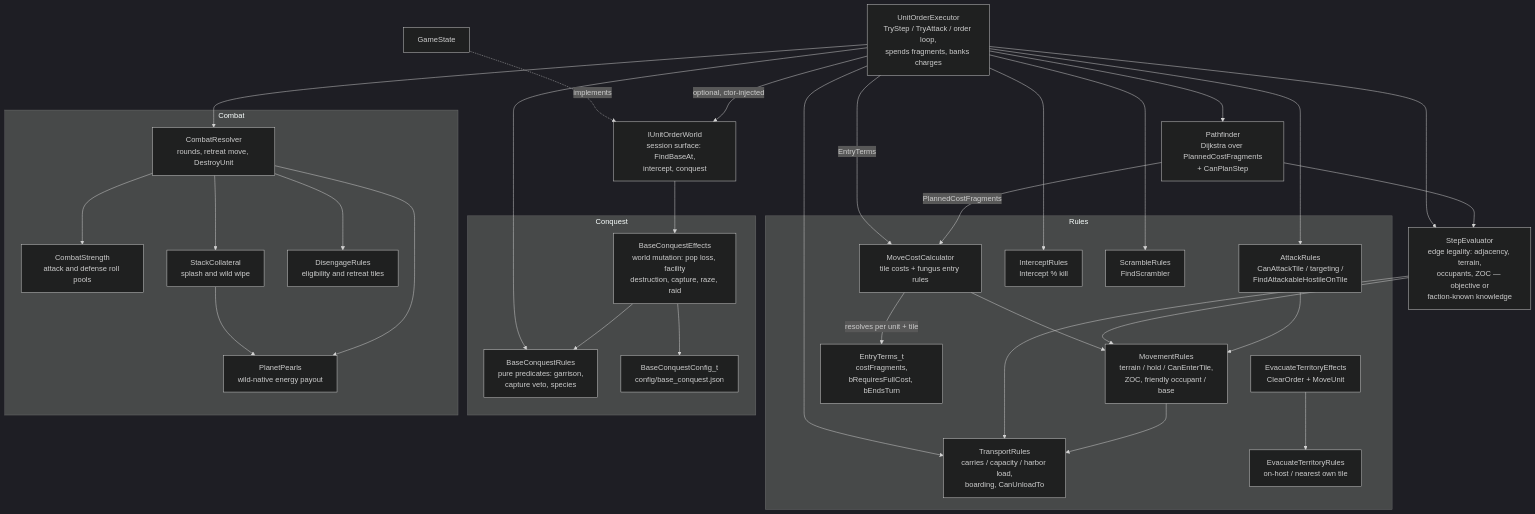
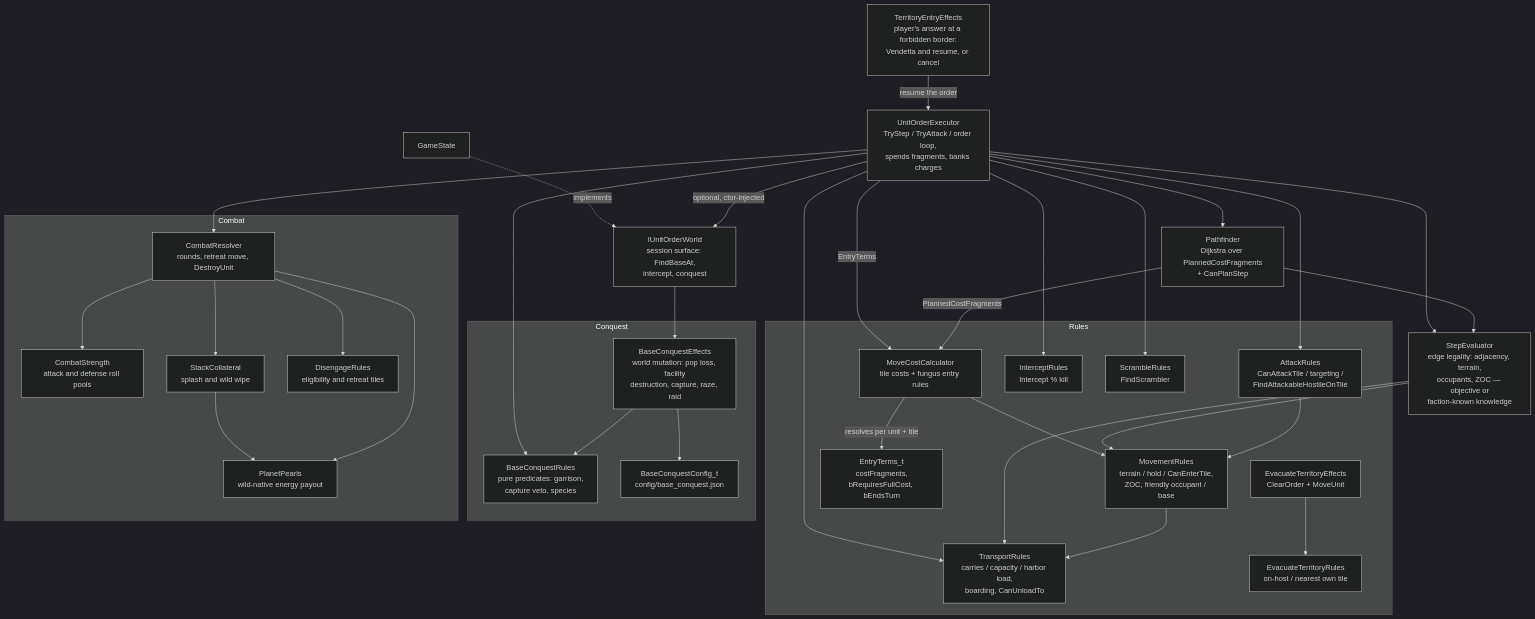
One commit to kilianloftis/alpha-centauri changed the diagram in docs/architecture/unit-movement-system.md. Above: the diagram before and after it, drawn with Mermaid (dark theme). The commit also changed other lines of this file and 35 other files, not shown here.

````diff
--- a/docs/architecture/unit-movement-system.md
+++ b/docs/architecture/unit-movement-system.md
@@ -9,63 +9,65 @@
 ```mermaid
 graph TD
     subgraph Rules
         MovementRules[MovementRules<br/>terrain / hold / CanEnterTile,<br/>ZOC, friendly occupant / base]
         TransportRules[TransportRules<br/>carries / capacity / harbor load,<br/>boarding, CanUnloadTo]
         MoveCostCalculator[MoveCostCalculator<br/>tile costs + fungus entry rules]
         EntryTerms[EntryTerms_t<br/>costFragments,<br/>bRequiresFullCost, bEndsTurn]
         MoveCostCalculator -->|resolves per unit + tile| EntryTerms
         MovementRules --> TransportRules
         AttackRules[AttackRules<br/>CanAttackTile / targeting /<br/>FindAttackableHostileOnTile]
         InterceptRules[InterceptRules<br/>Intercept % kill]
         ScrambleRules[ScrambleRules<br/>FindScrambler]
         AttackRules --> MovementRules
         EvacuateTerritoryRules[EvacuateTerritoryRules<br/>on-host / nearest own tile]
         EvacuateTerritoryEffects[EvacuateTerritoryEffects<br/>ClearOrder + MoveUnit]
         EvacuateTerritoryEffects --> EvacuateTerritoryRules
     end
 
     subgraph Conquest
         BaseConquestRules[BaseConquestRules<br/>pure predicates: garrison,<br/>capture veto, species]
         BaseConquestEffects[BaseConquestEffects<br/>world mutation: pop loss, facility<br/>destruction, capture, raze, raid]
         BaseConquestConfig[BaseConquestConfig_t<br/>config/base_conquest.json]
         BaseConquestEffects --> BaseConquestRules
         BaseConquestEffects --> BaseConquestConfig
     end
 
     subgraph Combat
         CombatStrength[CombatStrength<br/>attack and defense roll pools]
         StackCollateral[StackCollateral<br/>splash and wild wipe]
         PlanetPearls[PlanetPearls<br/>wild-native energy payout]
         DisengageRules[DisengageRules<br/>eligibility and retreat tiles]
         CombatResolver[CombatResolver<br/>rounds, retreat move, DestroyUnit]
         CombatResolver --> CombatStrength
         CombatResolver --> StackCollateral
         CombatResolver --> PlanetPearls
         StackCollateral --> PlanetPearls
         CombatResolver --> DisengageRules
     end
 
     StepEvaluator[StepEvaluator<br/>edge legality: adjacency, terrain,<br/>occupants, ZOC — objective or<br/>faction-known knowledge]
     Pathfinder[Pathfinder<br/>Dijkstra over PlannedCostFragments<br/>+ CanPlanStep]
     UnitOrderExecutor[UnitOrderExecutor<br/>TryStep / TryAttack / order loop,<br/>spends fragments, banks charges]
     UnitOrderExecutor --> AttackRules
     UnitOrderExecutor --> InterceptRules
     UnitOrderExecutor --> ScrambleRules
     IUnitOrderWorld[IUnitOrderWorld<br/>session surface: FindBaseAt,<br/>intercept, conquest]
     GameState[GameState]
+    TerritoryEntryEffects[TerritoryEntryEffects<br/>player's answer at a forbidden border:<br/>Vendetta and resume, or cancel]
+    TerritoryEntryEffects -->|resume the order| UnitOrderExecutor
 
     StepEvaluator --> MovementRules
     StepEvaluator --> TransportRules
     MoveCostCalculator --> MovementRules
     Pathfinder --> StepEvaluator
     Pathfinder -->|PlannedCostFragments| MoveCostCalculator
     UnitOrderExecutor -->|EntryTerms| MoveCostCalculator
     UnitOrderExecutor --> StepEvaluator
     UnitOrderExecutor --> Pathfinder
     UnitOrderExecutor --> TransportRules
     UnitOrderExecutor --> BaseConquestRules
     UnitOrderExecutor --> CombatResolver
     UnitOrderExecutor -->|optional, ctor-injected| IUnitOrderWorld
     GameState -.->|implements| IUnitOrderWorld
     IUnitOrderWorld --> BaseConquestEffects
 ```
````
